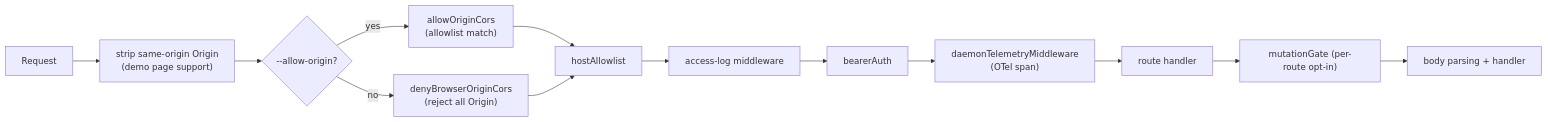
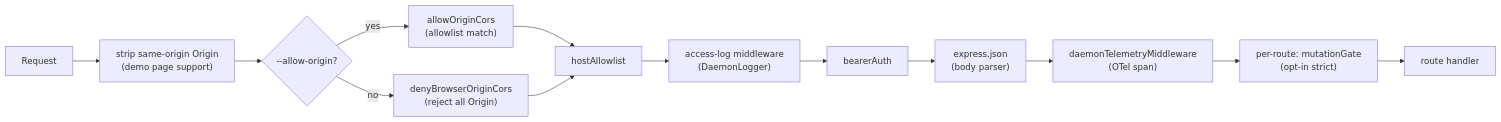
The first of 4 diagrams in docs/developers/daemon/12-auth-security.md (InfiniteInsight/qwen-code), drawn with Mermaid before and after one commit. The commit also changed other lines of this file and 5 other files, not shown here.

First line of the commit message:
docs(daemon): fix 6 issues found in per-file code verification

````diff
--- a/docs/developers/daemon/12-auth-security.md
+++ b/docs/developers/daemon/12-auth-security.md
@@ -52,15 +55,15 @@
 ```mermaid
 flowchart LR
     REQ[Request] --> SO["strip same-origin Origin<br/>(demo page support)"]
     SO --> CORS{"--allow-origin?"}
     CORS -->|yes| AO["allowOriginCors<br/>(allowlist match)"]
     CORS -->|no| DC["denyBrowserOriginCors<br/>(reject all Origin)"]
     AO --> HA["hostAllowlist"]
     DC --> HA
-    HA --> LOG["access-log middleware"]
+    HA --> LOG["access-log middleware<br/>(DaemonLogger)"]
     LOG --> BA["bearerAuth"]
-    BA --> TEL["daemonTelemetryMiddleware<br/>(OTel span)"]
-    TEL --> ROUTE["route handler"]
-    ROUTE --> MG["mutationGate (per-route opt-in)"]
-    MG --> BODY["body parsing + handler"]
+    BA --> JSON["express.json<br/>(body parser)"]
+    JSON --> TEL["daemonTelemetryMiddleware<br/>(OTel span)"]
+    TEL --> MG["per-route: mutationGate<br/>(opt-in strict)"]
+    MG --> HANDLER["route handler"]
 ```
````
